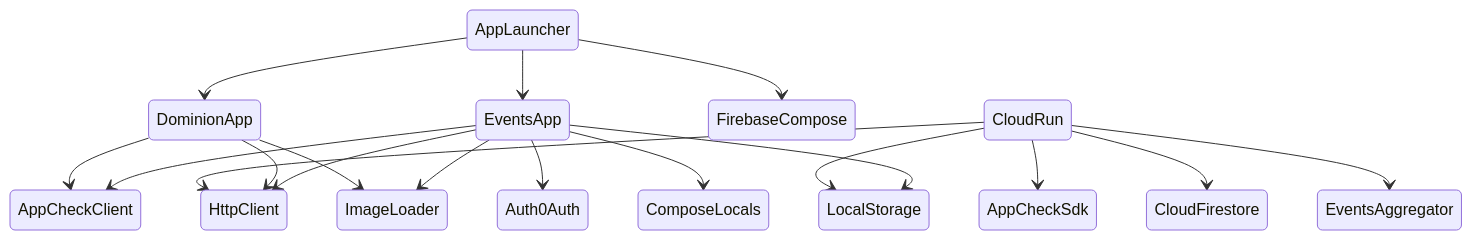
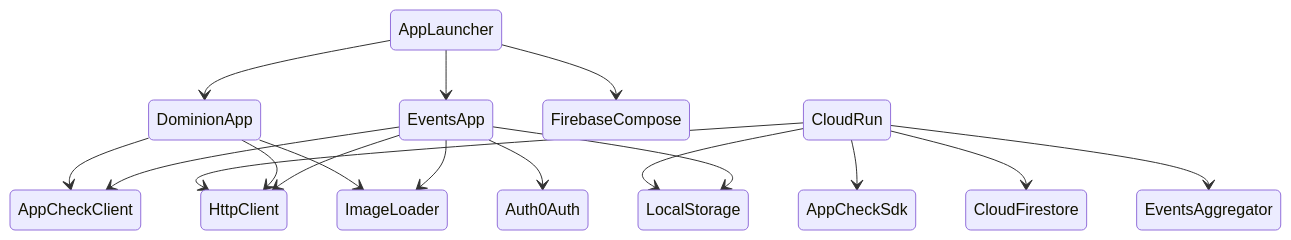
Before and after one commit to ashdavies/playground.ashdavies.dev: the diagram in README.md, drawn with Mermaid. The commit also changed 9 other files, not shown here.

Commit message:
Drop compose locals

````diff
--- a/README.md
+++ b/README.md
@@ -44,23 +44,22 @@
 ```mermaid
 stateDiagram-v2
     AppLauncher --> DominionApp
     AppLauncher --> EventsApp
     AppLauncher --> FirebaseCompose
 
     CloudRun --> AppCheckSdk
     CloudRun --> CloudFirestore
     CloudRun --> EventsAggregator
     CloudRun --> HttpClient
     CloudRun --> LocalStorage
 
     DominionApp --> AppCheckClient
     DominionApp --> HttpClient
     DominionApp --> ImageLoader
 
     EventsApp --> AppCheckClient
     EventsApp --> Auth0Auth
-    EventsApp --> ComposeLocals
     EventsApp --> HttpClient
     EventsApp --> ImageLoader
     EventsApp --> LocalStorage
 ```
````
